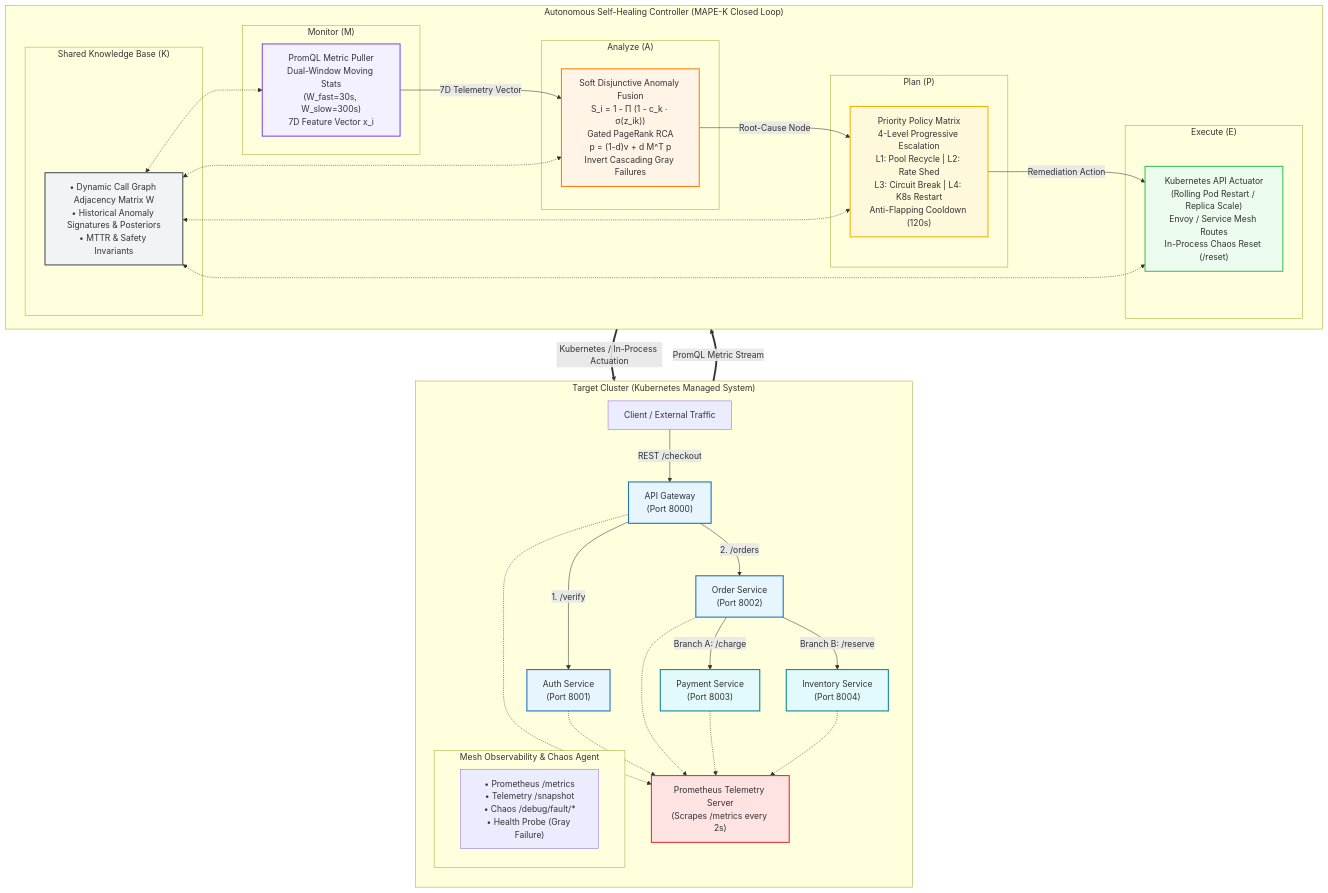
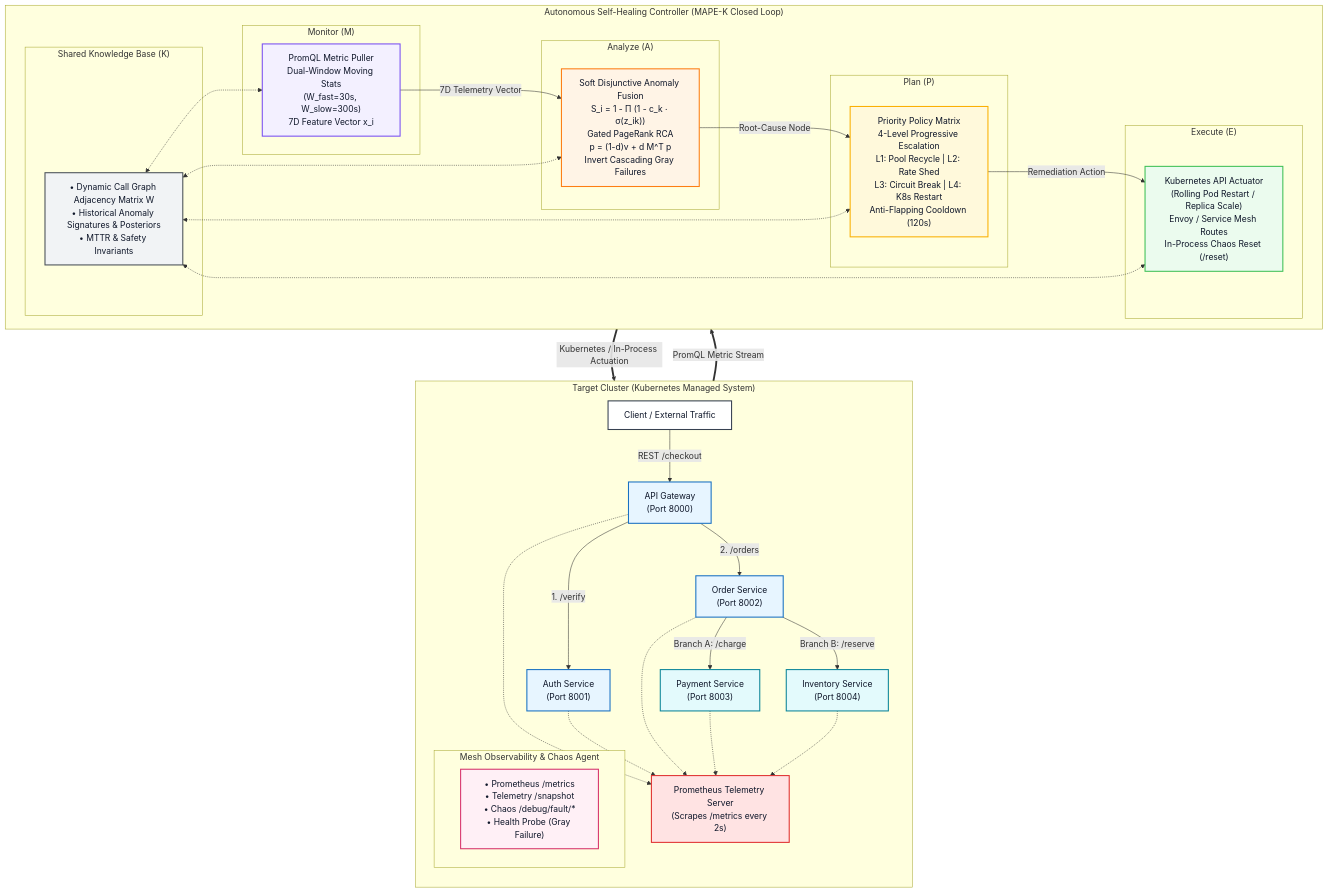
The diagram in docs/ARCHITECTURE.md (Dharshansk16/self-healing-distributed-backend-system), drawn with Mermaid before and after one commit.

Commit message:
docs: increase contrast of mermaid text inside microservice blocks

````diff
--- a/docs/ARCHITECTURE.md
+++ b/docs/ARCHITECTURE.md
@@ -74,14 +74,16 @@
     Prom ==>|PromQL Metric Stream| M1
     E1 ==>|Kubernetes / In-Process Actuation| ManagedCluster
 
-    classDef mesh fill:#e7f5ff,stroke:#1971c2,stroke-width:2px;
-    classDef leaf fill:#e3fafc,stroke:#0c8599,stroke-width:2px;
-    classDef prom fill:#ffe3e3,stroke:#e03131,stroke-width:2px;
-    classDef monitor fill:#f3f0ff,stroke:#7950f2,stroke-width:2px;
-    classDef analyze fill:#fff4e6,stroke:#fd7e14,stroke-width:2px;
-    classDef plan fill:#fff9db,stroke:#fab005,stroke-width:2px;
-    classDef execute fill:#ebfbee,stroke:#40c057,stroke-width:2px;
-    classDef kb fill:#f1f3f5,stroke:#495057,stroke-width:2px;
+    classDef mesh fill:#e7f5ff,stroke:#1971c2,stroke-width:2px,color:#0f172a;
+    classDef leaf fill:#e3fafc,stroke:#0c8599,stroke-width:2px,color:#0f172a;
+    classDef prom fill:#ffe3e3,stroke:#e03131,stroke-width:2px,color:#0f172a;
+    classDef monitor fill:#f3f0ff,stroke:#7950f2,stroke-width:2px,color:#0f172a;
+    classDef analyze fill:#fff4e6,stroke:#fd7e14,stroke-width:2px,color:#0f172a;
+    classDef plan fill:#fff9db,stroke:#fab005,stroke-width:2px,color:#0f172a;
+    classDef execute fill:#ebfbee,stroke:#40c057,stroke-width:2px,color:#0f172a;
+    classDef kb fill:#f1f3f5,stroke:#495057,stroke-width:2px,color:#0f172a;
+    classDef client fill:#ffffff,stroke:#374151,stroke-width:2px,color:#0f172a;
+    classDef sidecar fill:#fff0f6,stroke:#d6336c,stroke-width:2px,color:#0f172a;
 
     class GW,Auth,Order mesh;
     class Payment,Inventory leaf;
@@ -91,4 +93,6 @@
     class P1 plan;
     class E1 execute;
     class K1 kb;
+    class Client client;
+    class Sidecar sidecar;
 ```
````
